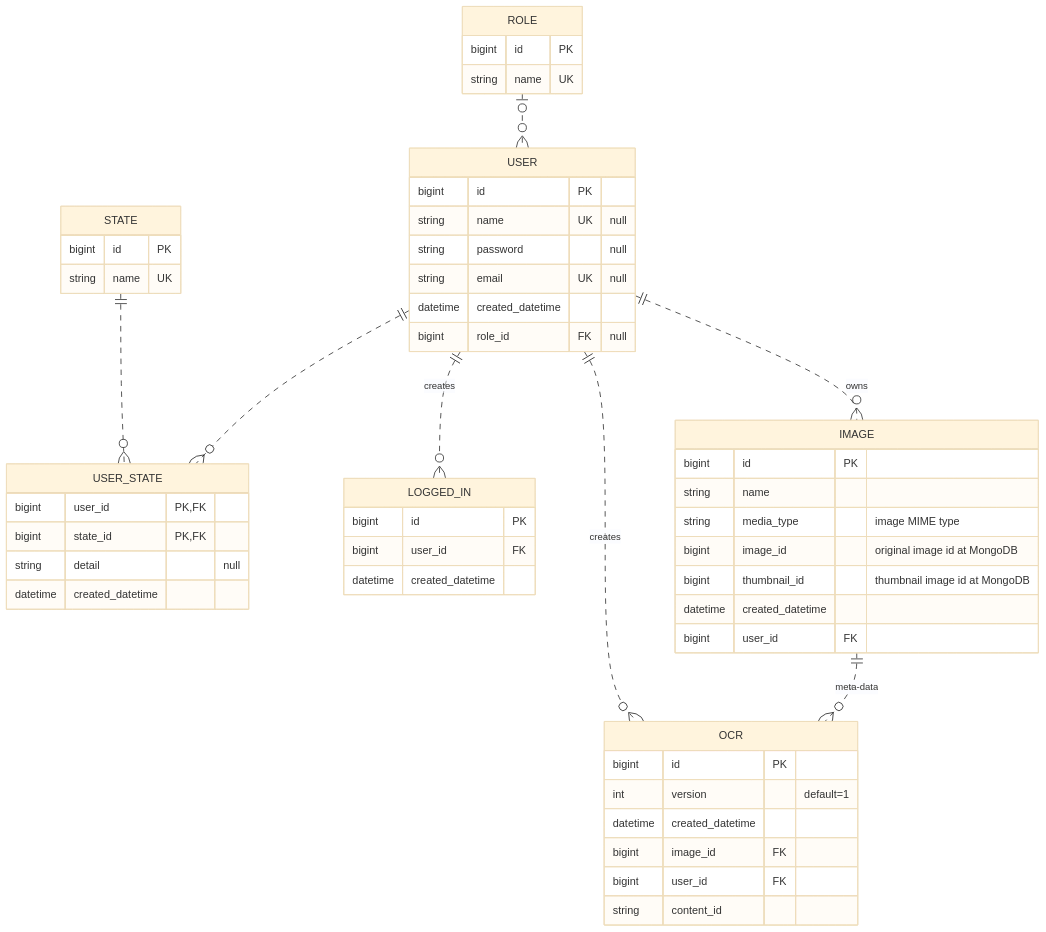
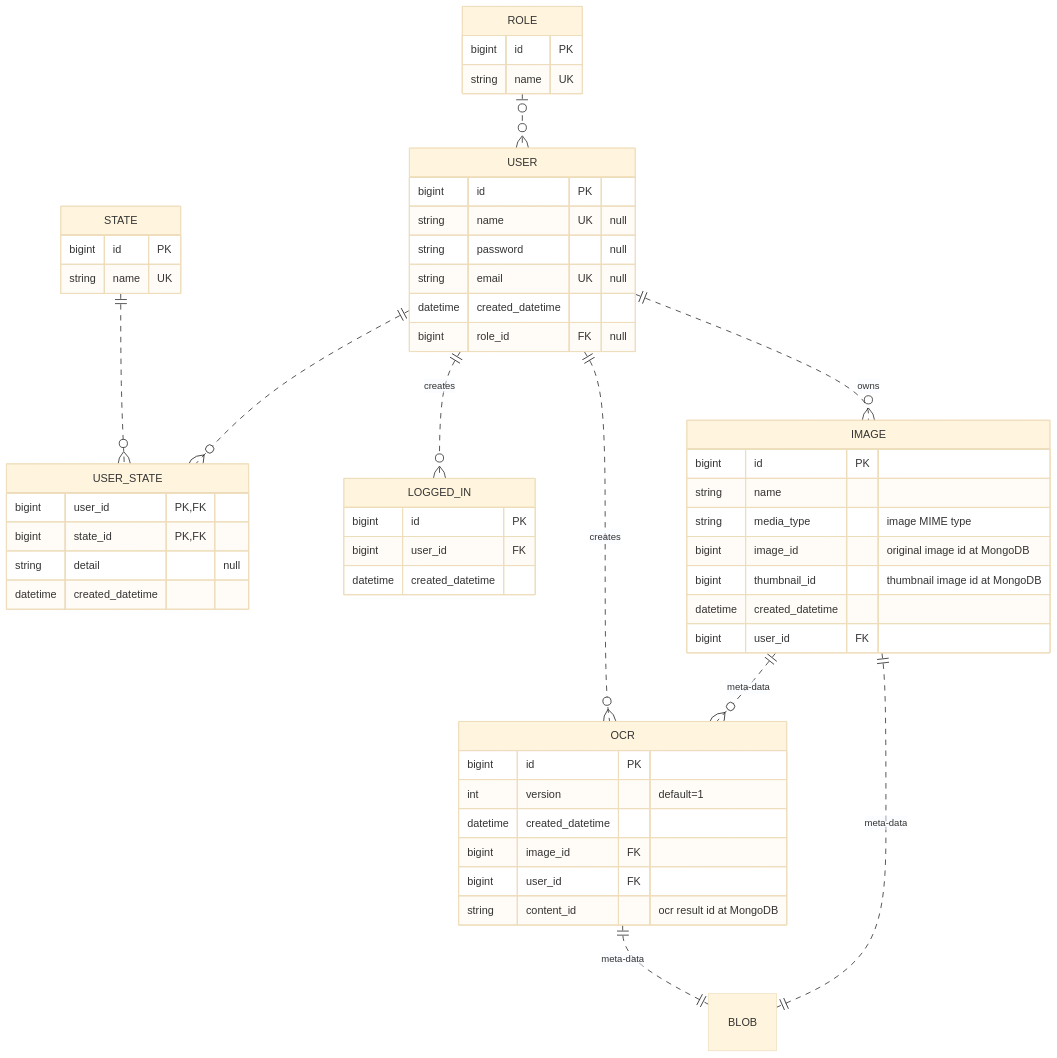
The first of 3 diagrams in docs/portfolio/vision.md (djccnt15/djccnt15.github.io), drawn with Mermaid (base theme) before and after one commit. The commit also changed other lines of this file, not shown here.

````diff
--- a/docs/portfolio/vision.md
+++ b/docs/portfolio/vision.md
@@ -88,60 +88,63 @@
 ```mermaid
 erDiagram
     ROLE {
         bigint id   PK
         string name UK
     }
 
     STATE {
         bigint id PK
         string name UK
     }
 
     ROLE |o..o{ USER : ""
     USER {
         bigint      id                  PK
         string      name                UK  "null"
         string      password                "null"
         string      email               UK  "null"
         datetime    created_datetime
         bigint      role_id             FK  "null"
     }
 
     STATE ||..o{ USER_STATE : ""
     USER ||..o{ USER_STATE : ""
     USER_STATE {
         bigint      user_id             PK, FK
         bigint      state_id            PK, FK
         string      detail                      "null"
         datetime    created_datetime
     }
 
     USER ||..o{ LOGGED_IN : creates
     LOGGED_IN {
         bigint      id                  PK
         bigint      user_id             FK
         datetime    created_datetime
     }
 
-    USER ||..O{ IMAGE : owns
+    USER ||..o{ IMAGE : owns
     IMAGE {
         bigint      id                  PK
         string      name
         string      media_type              "image MIME type"
         bigint      image_id                "original image id at MongoDB"
         bigint      thumbnail_id            "thumbnail image id at MongoDB"
         datetime    created_datetime
         bigint      user_id             FK
     }
 
-    USER ||..O{ OCR : creates
+    USER ||..o{ OCR : creates
     IMAGE ||..o{ OCR : meta-data
     OCR {
         bigint      id                  PK
         int         version                 "default=1"
         datetime    created_datetime
         bigint      image_id            FK
         bigint      user_id             FK
-        string      content_id
+        string      content_id              "ocr result id at MongoDB"
     }
+
+    OCR ||..|| BLOB : meta-data
+    IMAGE ||..|| BLOB : meta-data
 ```
````
